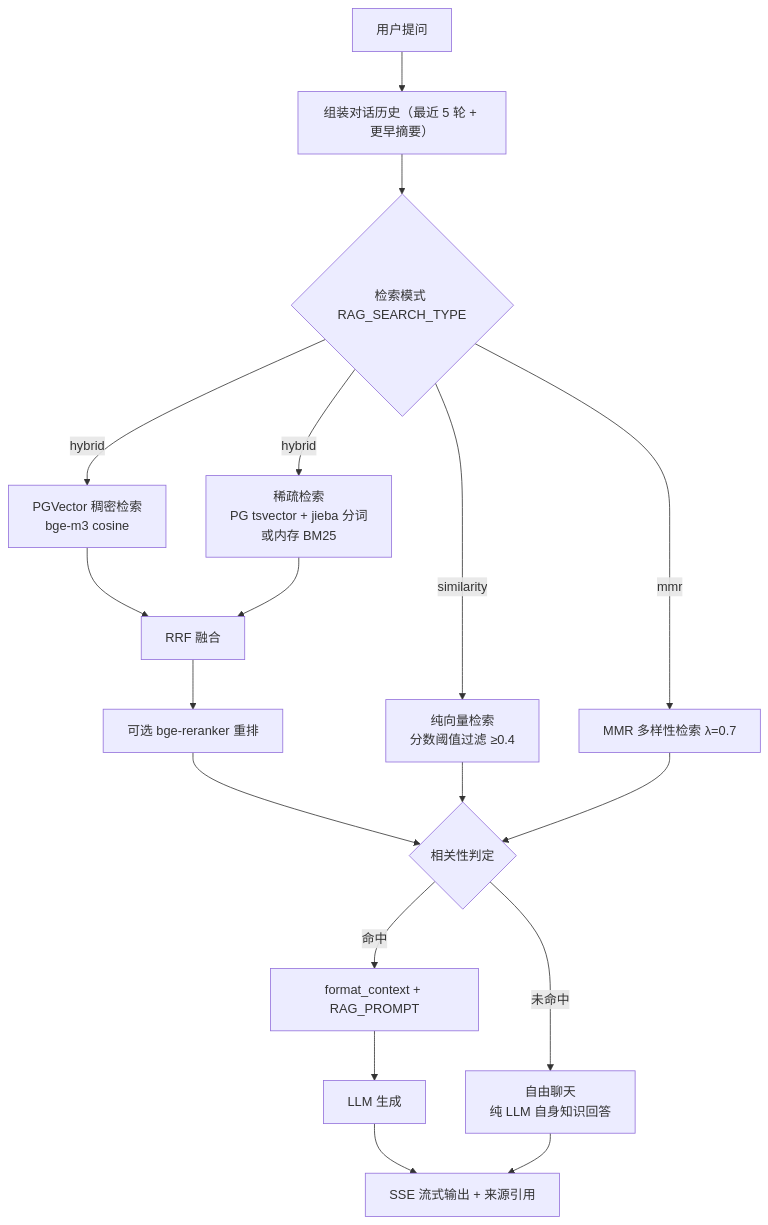
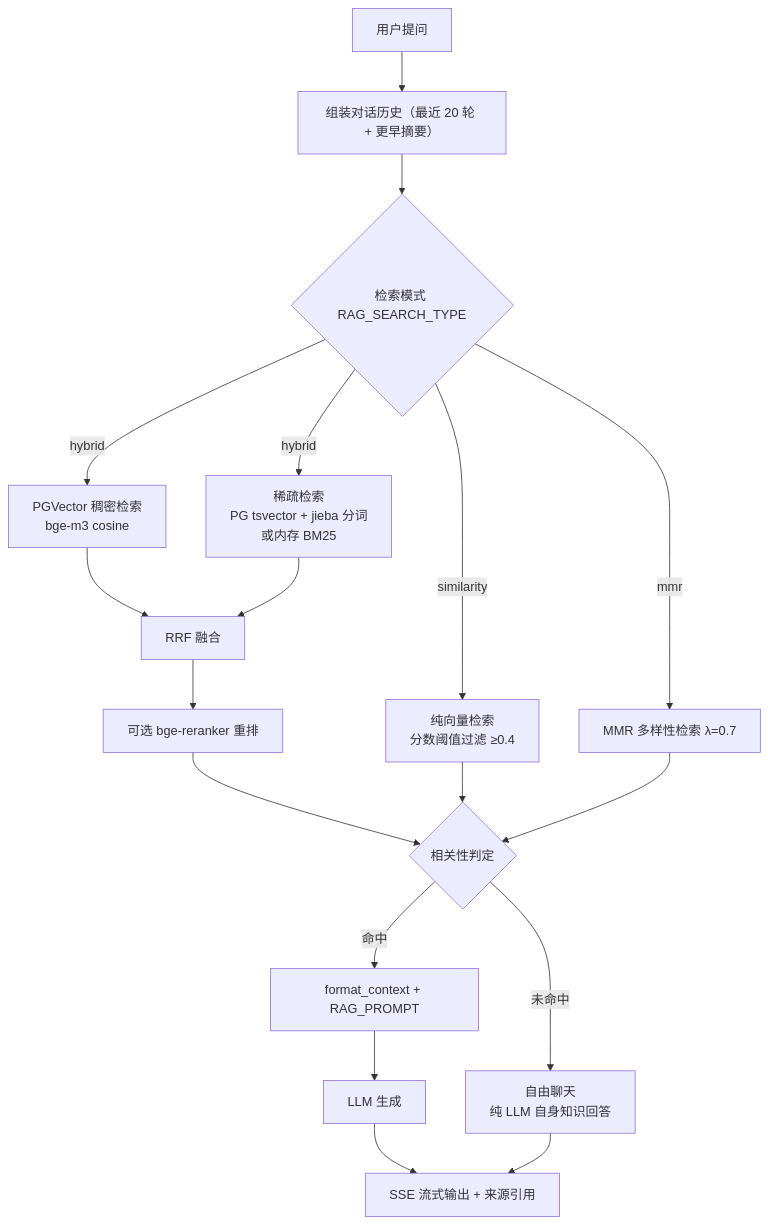
One commit to zqc1661586344/zz-demand-system changed the second of 2 diagrams in README.md. Above: the diagram before and after it, drawn with Mermaid. The commit also changed other lines of this file and 5 other files, not shown here.

````diff
--- a/README.md
+++ b/README.md
@@ -180,20 +180,20 @@
 ```mermaid
 flowchart TD
-    Q["用户提问"] --> H["组装对话历史（最近 5 轮 + 更早摘要）"]
+    Q["用户提问"] --> H["组装对话历史（最近 20 轮 + 更早摘要）"]
     H --> D{"检索模式 RAG_SEARCH_TYPE"}
     D -->|hybrid| DH["PGVector 稠密检索<br/>bge-m3 cosine"]
     D -->|hybrid| SH["稀疏检索<br/>PG tsvector + jieba 分词<br/>或内存 BM25"]
     DH --> F["RRF 融合"]
     SH --> F
     F --> R["可选 bge-reranker 重排"]
     D -->|similarity| SV["纯向量检索<br/>分数阈值过滤 ≥0.4"]
     D -->|mmr| MM["MMR 多样性检索 λ=0.7"]
     R --> G{"相关性判定"}
     SV --> G
     MM --> G
     G -->|命中| C["format_context + RAG_PROMPT"]
     C --> L["LLM 生成"]
     L --> A["SSE 流式输出 + 来源引用"]
     G -->|未命中| FC["自由聊天<br/>纯 LLM 自身知识回答"]
     FC --> A
 ```
````
